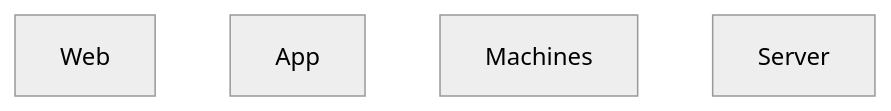
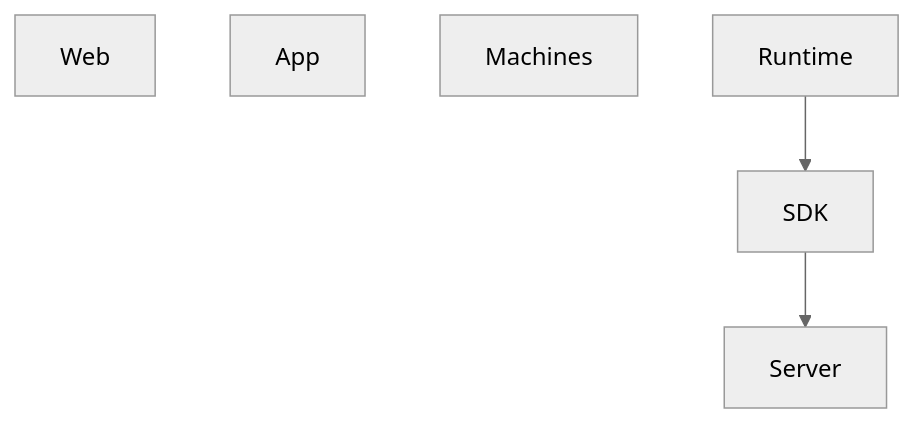
The diagram in docs/architecture.md (glyphh-ai/server), drawn with Mermaid (neutral theme) before and after one commit.

Commit message:
Architecture: runtime to SDK to server

````diff
--- a/docs/architecture.md
+++ b/docs/architecture.md
@@ -3,7 +3,7 @@
 ```mermaid
 flowchart TB
     Web
     App
     Machines
-    Server
+    Runtime --> SDK --> Server
 ```
````
